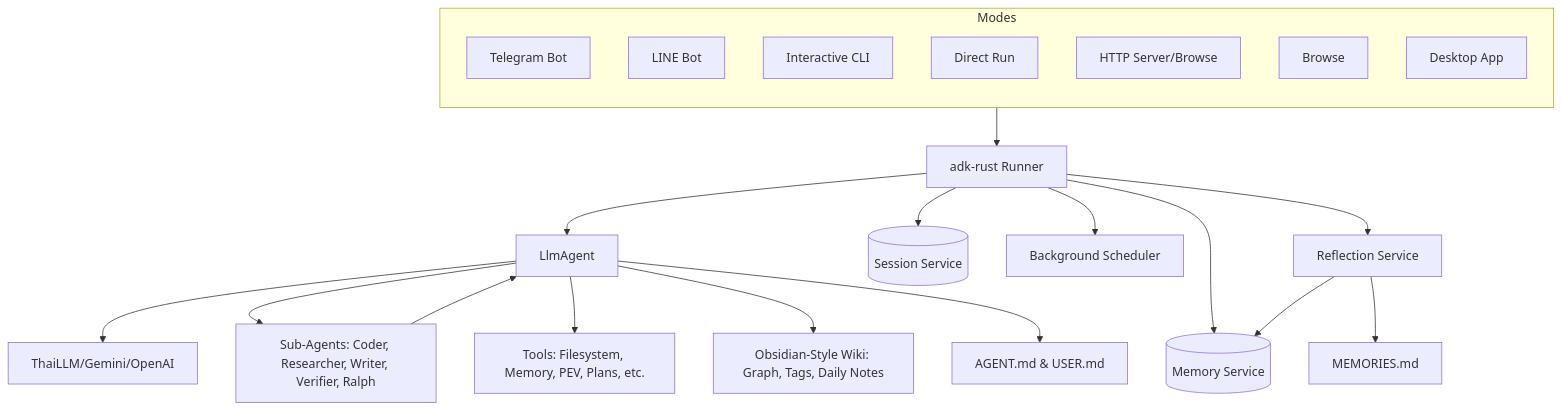
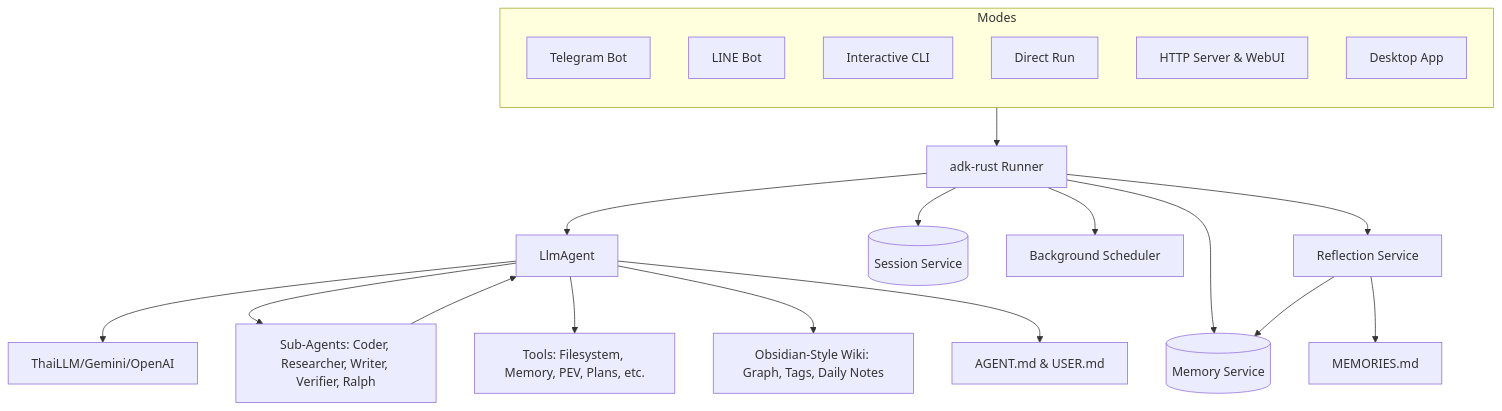
One commit to anoochit/nami-core changed the diagram in README.md. Above: the diagram before and after it, drawn with Mermaid. The commit also changed other lines of this file and 35 other files, not shown here.

Commit message:
feat: implement core backend architecture and web UI scaffolding for Nami project sessions, workspace management, and API routing.

````diff
--- a/README.md
+++ b/README.md
@@ -186,32 +190,31 @@
 ```mermaid
 graph TD
     subgraph EntryPoints [Modes]
         direction TB
         Bot[Telegram Bot]
         Line[LINE Bot]
         CLI[Interactive CLI]
         Run[Direct Run]
-        Server[HTTP Server/Browse]
-        Browse[Browse]
+        Server[HTTP Server & WebUI]
         Desktop[Desktop App]
     end
 
     EntryPoints --> Runner[adk-rust Runner]
     
     Runner --> Agent[LlmAgent]
     Runner --> DB[(Session Service)]
     Runner --> Memory[(Memory Service)]
     Runner --> Scheduler[Background Scheduler]
     Runner --> Reflection[Reflection Service]
     
     Agent --> LLM[ThaiLLM/Gemini/OpenAI]
     Agent --> SubAgents[Sub-Agents: Coder, Researcher, Writer, Verifier, Ralph]
     Agent --> Tools[Tools: Filesystem, Memory, PEV, Plans, etc.]
     Agent --> Wiki[Obsidian-Style Wiki: Graph, Tags, Daily Notes]
     Agent --> Persona[AGENT.md & USER.md]
 
     Reflection --> Memory
     Reflection --> UserMemory["MEMORIES.md"]
     
     SubAgents --> Agent
 ```
````
